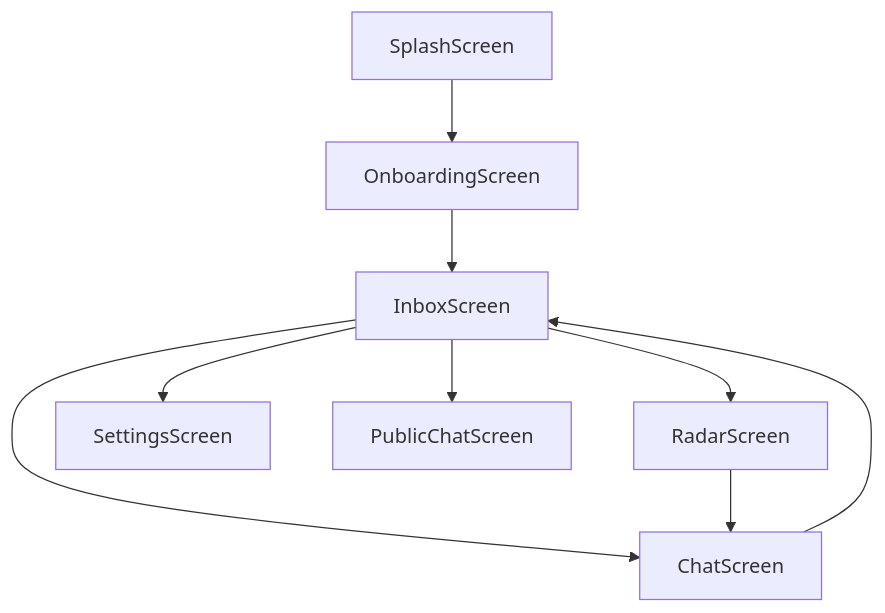
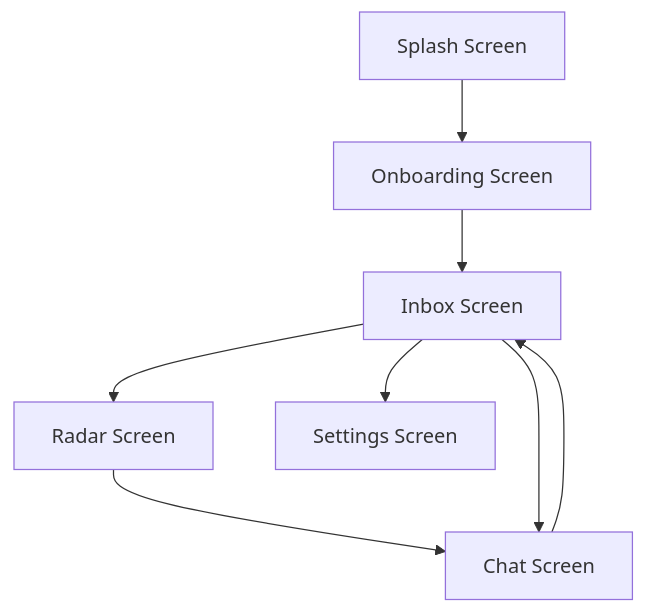
Before and after one commit to shinymacktest/gitdex-docs: the diagram in docs/shinymack/MeshChat/2_frontend_architecture.mdx, drawn with Mermaid. The commit also changed other lines of this file and 7 other files, not shown here.

````diff
--- a/docs/shinymack/MeshChat/2_frontend_architecture.mdx
+++ b/docs/shinymack/MeshChat/2_frontend_architecture.mdx
@@ -14,11 +14,10 @@
 ```mermaid
 graph TD
-    A["SplashScreen"] --> B["OnboardingScreen"]
-    B --> C["InboxScreen"]
-    C --> D["RadarScreen"]
-    C --> E["SettingsScreen"]
-    C --> F["ChatScreen"]
-    C --> G["PublicChatScreen"]
+    A["Splash Screen"] --> B["Onboarding Screen"]
+    B --> C["Inbox Screen"]
+    C --> D["Radar Screen"]
+    C --> E["Settings Screen"]
+    D --> F["Chat Screen"]
+    C --> F
     F --> C
-    D --> F
 ```
````
